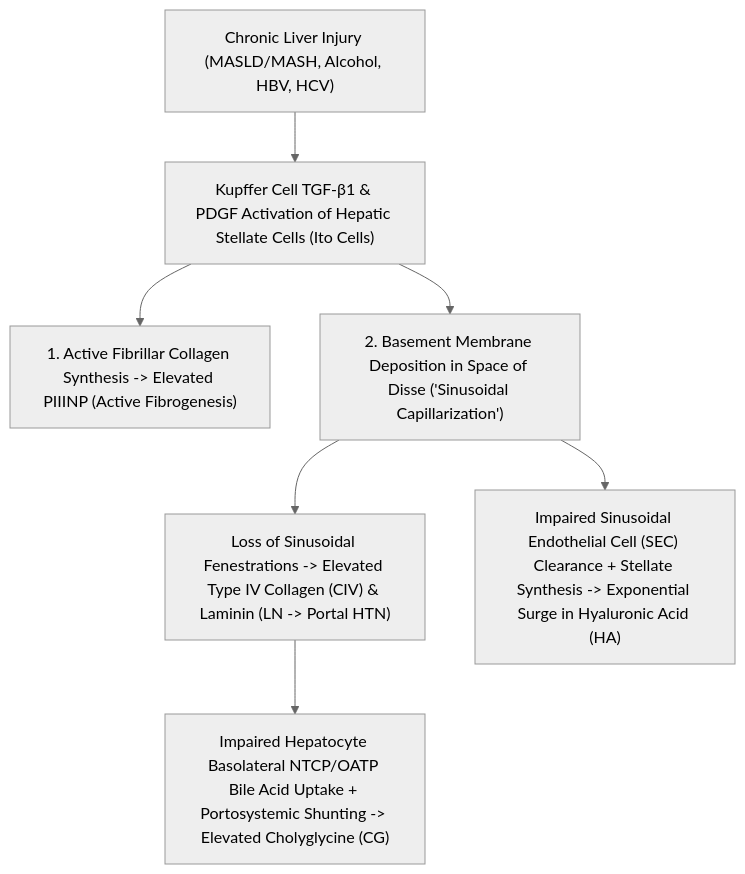
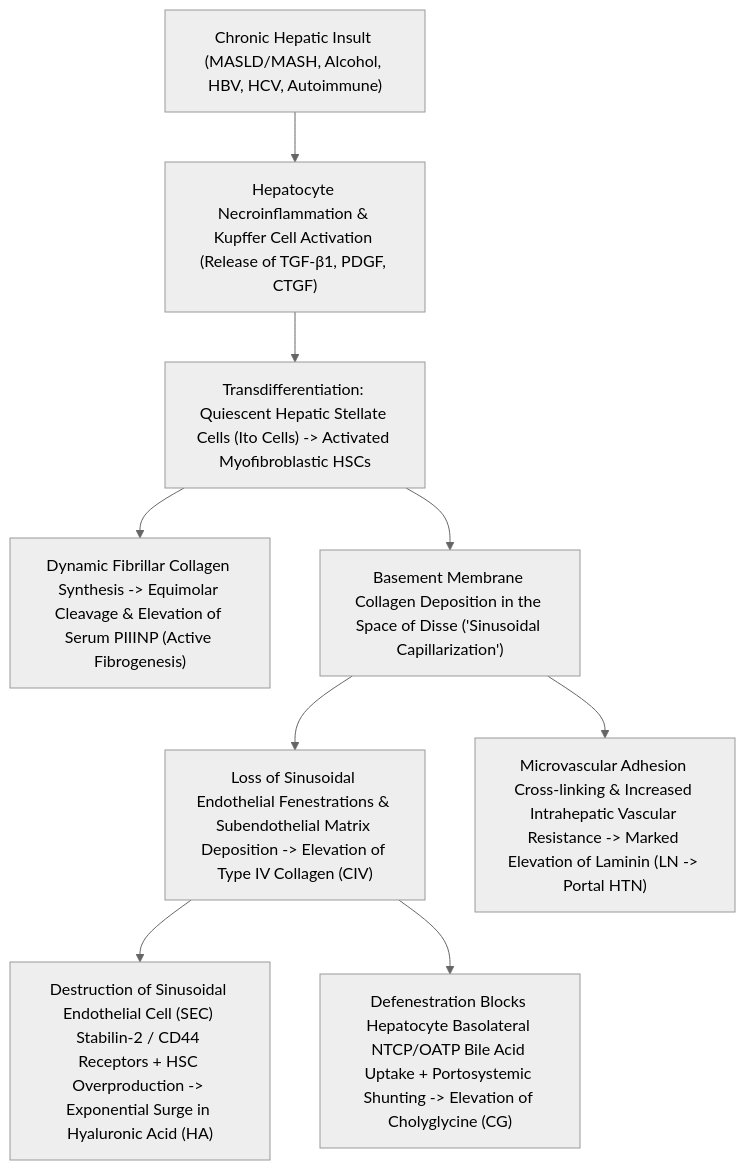
The diagram in 03_Immunoassay_Endocrinology_and_Nutrients/3.7_Acute_Cardiac_and_Sepsis_Biomarkers_CLIA_Cluster/3.7.9_Direct_Hepatic_Fibrosis_4_Marker_CLIA_Panel_HA_PIIINP_CIV_Laminin_Cholyglycine.md (sawariyadiagnostic/references-and-interpretations), drawn with Mermaid (neutral theme) before and after one commit. The commit also changed other lines of this file and 4 other files, not shown here.

````diff
--- a/03_Immunoassay_Endocrinology_and_Nutrients/3.7_Acute_Cardiac_and_Sepsis_Biomarkers_CLIA_Cluster/3.7.9_Direct_Hepatic_Fibrosis_4_Marker_CLIA_Panel_HA_PIIINP_CIV_Laminin_Cholyglycine.md
+++ b/03_Immunoassay_Endocrinology_and_Nutrients/3.7_Acute_Cardiac_and_Sepsis_Biomarkers_CLIA_Cluster/3.7.9_Direct_Hepatic_Fibrosis_4_Marker_CLIA_Panel_HA_PIIINP_CIV_Laminin_Cholyglycine.md
@@ -120,9 +314,11 @@
 ```mermaid
 flowchart TD
-    A["Chronic Liver Injury (MASLD/MASH, Alcohol, HBV, HCV)"] --> B["Kupffer Cell TGF-β1 & PDGF Activation of Hepatic Stellate Cells (Ito Cells)"]
-    B --> C["1. Active Fibrillar Collagen Synthesis -> Elevated PIIINP (Active Fibrogenesis)"]
-    B --> D["2. Basement Membrane Deposition in Space of Disse ('Sinusoidal Capillarization')"]
-    D --> E["Loss of Sinusoidal Fenestrations -> Elevated Type IV Collagen (CIV) & Laminin (LN -> Portal HTN)"]
-    D --> F["Impaired Sinusoidal Endothelial Cell (SEC) Clearance + Stellate Synthesis -> Exponential Surge in Hyaluronic Acid (HA)"]
-    E --> G["Impaired Hepatocyte Basolateral NTCP/OATP Bile Acid Uptake + Portosystemic Shunting -> Elevated Cholyglycine (CG)"]
+    A["Chronic Hepatic Insult (MASLD/MASH, Alcohol, HBV, HCV, Autoimmune)"] --> B["Hepatocyte Necroinflammation & Kupffer Cell Activation (Release of TGF-β1, PDGF, CTGF)"]
+    B --> C["Transdifferentiation: Quiescent Hepatic Stellate Cells (Ito Cells) -> Activated Myofibroblastic HSCs"]
+    C --> D["Dynamic Fibrillar Collagen Synthesis -> Equimolar Cleavage & Elevation of Serum PIIINP (Active Fibrogenesis)"]
+    C --> E["Basement Membrane Collagen Deposition in the Space of Disse ('Sinusoidal Capillarization')"]
+    E --> F["Loss of Sinusoidal Endothelial Fenestrations & Subendothelial Matrix Deposition -> Elevation of Type IV Collagen (CIV)"]
+    E --> G["Microvascular Adhesion Cross-linking & Increased Intrahepatic Vascular Resistance -> Marked Elevation of Laminin (LN -> Portal HTN)"]
+    F --> H["Destruction of Sinusoidal Endothelial Cell (SEC) Stabilin-2 / CD44 Receptors + HSC Overproduction -> Exponential Surge in Hyaluronic Acid (HA)"]
+    F --> I["Defenestration Blocks Hepatocyte Basolateral NTCP/OATP Bile Acid Uptake + Portosystemic Shunting -> Elevation of Cholyglycine (CG)"]
 ```
````
